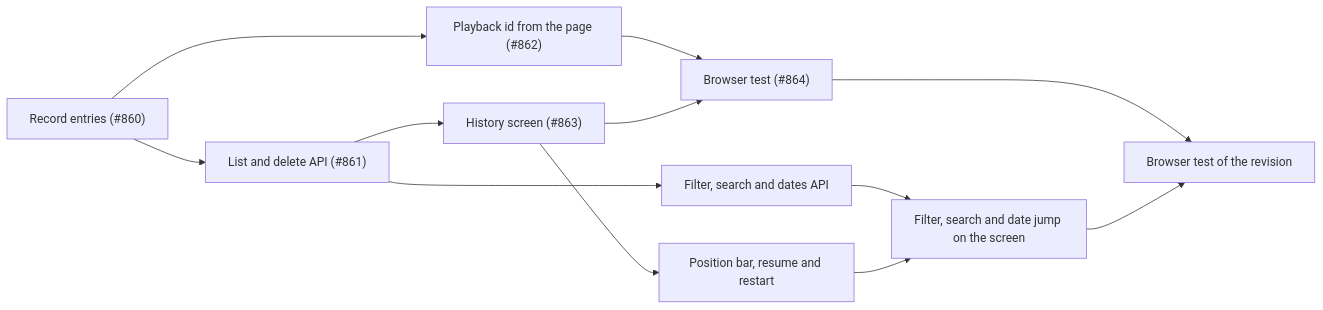
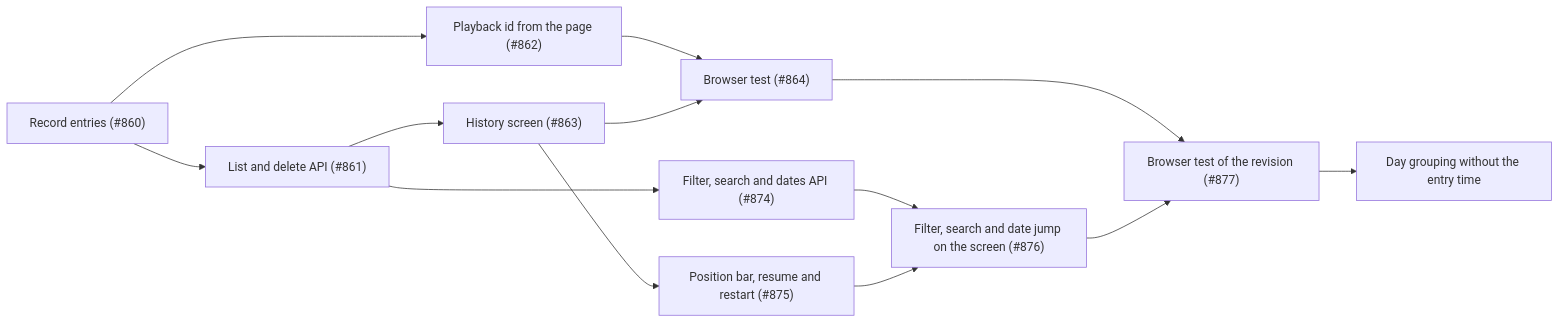
One commit to syudead/vv changed the third of 3 diagrams in specs/043-watch-history/plan.md. Above: the diagram before and after it, drawn with Mermaid. The commit also changed other lines of this file and 1 other file, not shown here.

First line of the commit message:
Revise the watch history Plan for the day-grouped list without the entry time (#792)

````diff
--- a/specs/043-watch-history/plan.md
+++ b/specs/043-watch-history/plan.md
@@ -177,14 +204,15 @@
 ```mermaid
 flowchart LR
   record["Record entries (#860)"] --> api["List and delete API (#861)"]
   record --> client["Playback id from the page (#862)"]
   api --> screen["History screen (#863)"]
   client --> e2e["Browser test (#864)"]
   screen --> e2e
-  api --> conditions[Filter, search and dates API]
-  screen --> position[Position bar, resume and restart]
-  conditions --> controls[Filter, search and date jump on the screen]
+  api --> conditions["Filter, search and dates API (#874)"]
+  screen --> position["Position bar, resume and restart (#875)"]
+  conditions --> controls["Filter, search and date jump on the screen (#876)"]
   position --> controls
-  e2e --> e2e2[Browser test of the revision]
+  e2e --> e2e2["Browser test of the revision (#877)"]
   controls --> e2e2
+  e2e2 --> day[Day grouping without the entry time]
 ```
````
